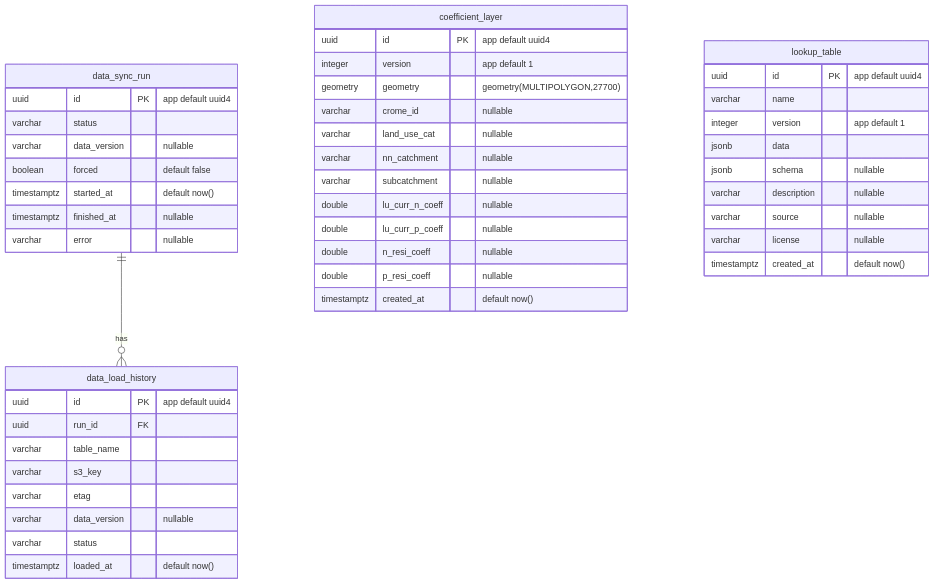
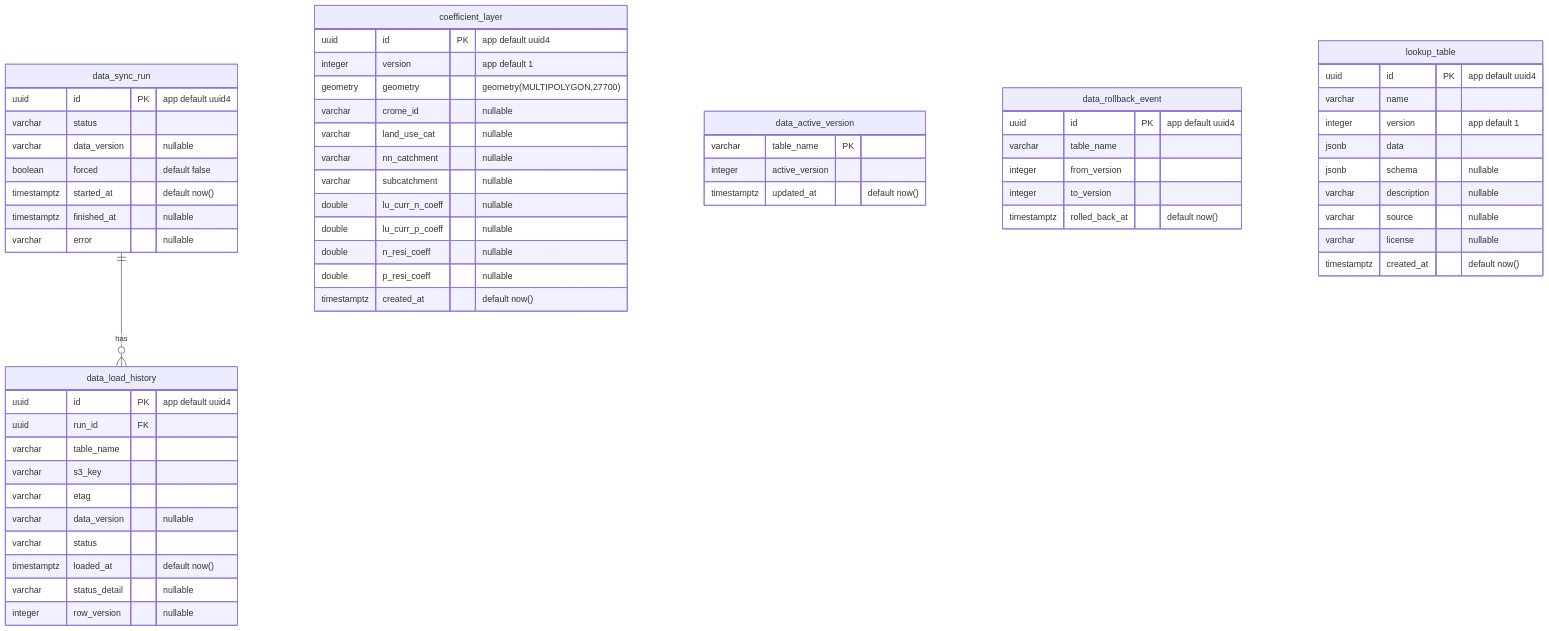
One commit to DEFRA/nrf-solution changed the third of 4 diagrams in docs/database-schema.md. Above: the diagram before and after it, drawn with Mermaid. The commit also changed other lines of this file, not shown here.

````diff
--- a/docs/database-schema.md
+++ b/docs/database-schema.md
@@ -174,52 +174,68 @@
 ```mermaid
 erDiagram
     data_sync_run ||--o{ data_load_history : "has"
 
     coefficient_layer {
         uuid id PK "app default uuid4"
         integer version "app default 1"
         geometry geometry "geometry(MULTIPOLYGON,27700)"
         varchar crome_id "nullable"
         varchar land_use_cat "nullable"
         varchar nn_catchment "nullable"
         varchar subcatchment "nullable"
         double lu_curr_n_coeff "nullable"
         double lu_curr_p_coeff "nullable"
         double n_resi_coeff "nullable"
         double p_resi_coeff "nullable"
         timestamptz created_at "default now()"
     }
 
+    data_active_version {
+        varchar table_name PK
+        integer active_version
+        timestamptz updated_at "default now()"
+    }
+
     data_load_history {
         uuid id PK "app default uuid4"
         uuid run_id FK
         varchar table_name
         varchar s3_key
         varchar etag
         varchar data_version "nullable"
         varchar status
         timestamptz loaded_at "default now()"
+        varchar status_detail "nullable"
+        integer row_version "nullable"
+    }
+
+    data_rollback_event {
+        uuid id PK "app default uuid4"
+        varchar table_name
+        integer from_version
+        integer to_version
+        timestamptz rolled_back_at "default now()"
     }
 
     data_sync_run {
         uuid id PK "app default uuid4"
         varchar status
         varchar data_version "nullable"
         boolean forced "default false"
         timestamptz started_at "default now()"
         timestamptz finished_at "nullable"
         varchar error "nullable"
     }
 
     lookup_table {
         uuid id PK "app default uuid4"
         varchar name
         integer version "app default 1"
         jsonb data
         jsonb schema "nullable"
         varchar description "nullable"
         varchar source "nullable"
         varchar license "nullable"
         timestamptz created_at "default now()"
     }
 ```
````
